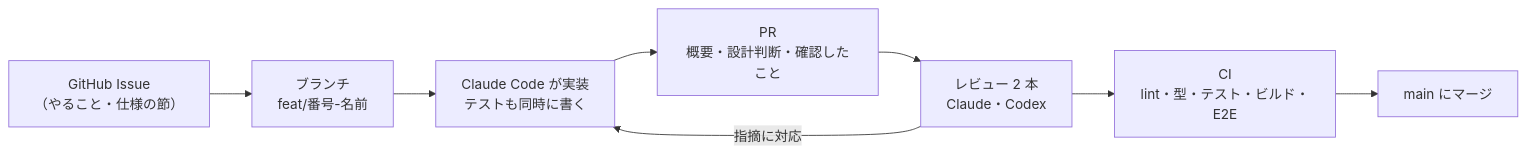
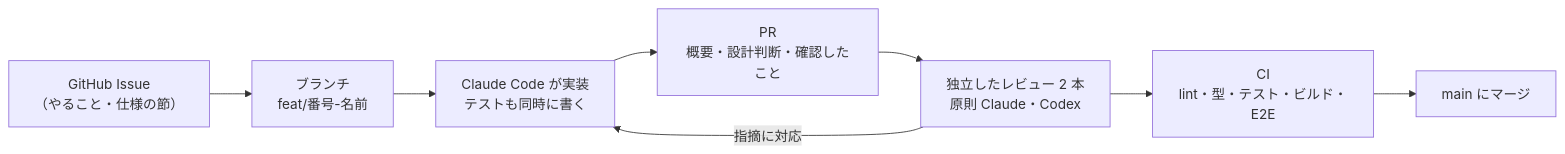
The third of 3 diagrams in README.md (yuya1129t-project/stockflow-next), drawn with Mermaid before and after one commit. The commit also changed other lines of this file and 3 other files, not shown here.

````diff
--- a/README.md
+++ b/README.md
@@ -629,10 +629,10 @@
 ```mermaid
 flowchart LR
   issue["GitHub Issue<br/>（やること・仕様の節）"] --> branch["ブランチ<br/>feat/番号-名前"]
   branch --> impl["Claude Code が実装<br/>テストも同時に書く"]
   impl --> pr["PR<br/>概要・設計判断・確認したこと"]
-  pr --> review["レビュー 2 本<br/>Claude・Codex"]
+  pr --> review["独立したレビュー 2 本<br/>原則 Claude・Codex"]
   review -->|指摘に対応| impl
   review --> ci["CI<br/>lint・型・テスト・ビルド・E2E"]
   ci --> merge["main にマージ"]
 ```
````
